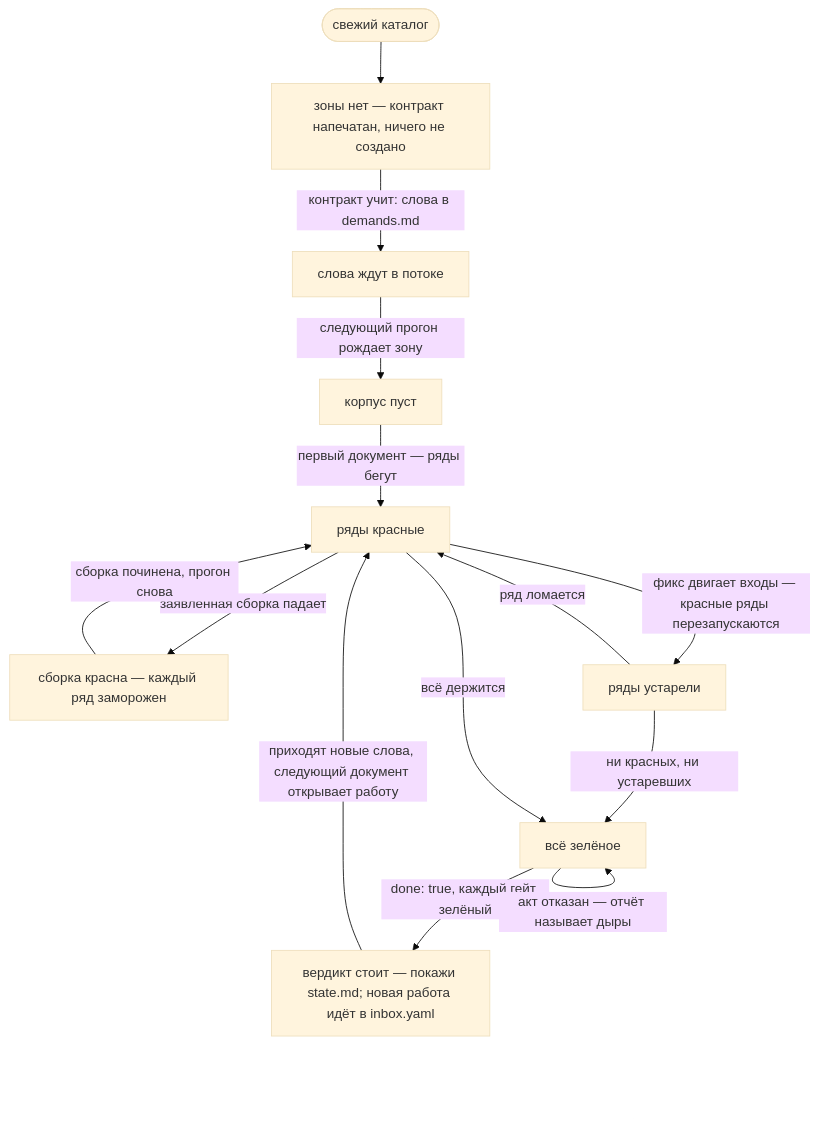
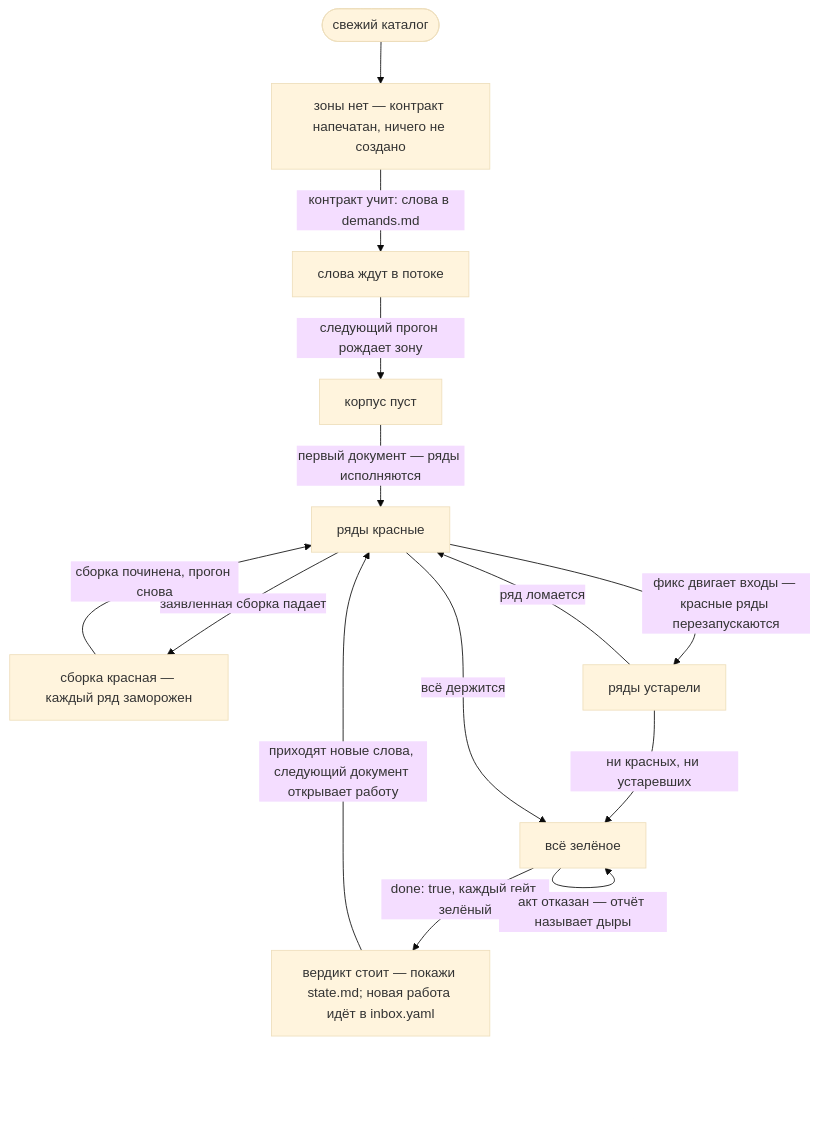
One commit to neurophant/punchtape changed the ninth of 9 diagrams in docs/ARCHITECTURE.ru.md. Above: the diagram before and after it, drawn with Mermaid (base theme). The commit also changed other lines of this file and 195 other files, not shown here.

````diff
--- a/docs/ARCHITECTURE.ru.md
+++ b/docs/ARCHITECTURE.ru.md
@@ -772,16 +774,16 @@
 ```mermaid
 flowchart TD
     START(["свежий каталог"]) --> NoZone["зоны нет — контракт напечатан, ничего не создано"]
     NoZone -- "контракт учит: слова в demands.md" --> Words["слова ждут в потоке"]
     Words -- "следующий прогон рождает зону" --> CorpusEmpty["корпус пуст"]
-    CorpusEmpty -- "первый документ — ряды бегут" --> RedRows["ряды красные"]
-    RedRows -- "заявленная сборка падает" --> BuildRed["сборка красна — каждый ряд заморожен"]
+    CorpusEmpty -- "первый документ — ряды исполняются" --> RedRows["ряды красные"]
+    RedRows -- "заявленная сборка падает" --> BuildRed["сборка красная — каждый ряд заморожен"]
     BuildRed -- "сборка починена, прогон снова" --> RedRows
     RedRows -- "фикс двигает входы — красные ряды перезапускаются" --> StaleRows["ряды устарели"]
     StaleRows -- "ряд ломается" --> RedRows
     StaleRows -- "ни красных, ни устаревших" --> AllGreen["всё зелёное"]
     RedRows -- "всё держится" --> AllGreen
     AllGreen -- "done: true, каждый гейт зелёный" --> VerdictStanding["вердикт стоит — покажи state.md; новая работа идёт в inbox.yaml"]
     AllGreen -- "акт отказан — отчёт называет дыры" --> AllGreen
     VerdictStanding -- "приходят новые слова, следующий документ открывает работу" --> RedRows
 ```
````
